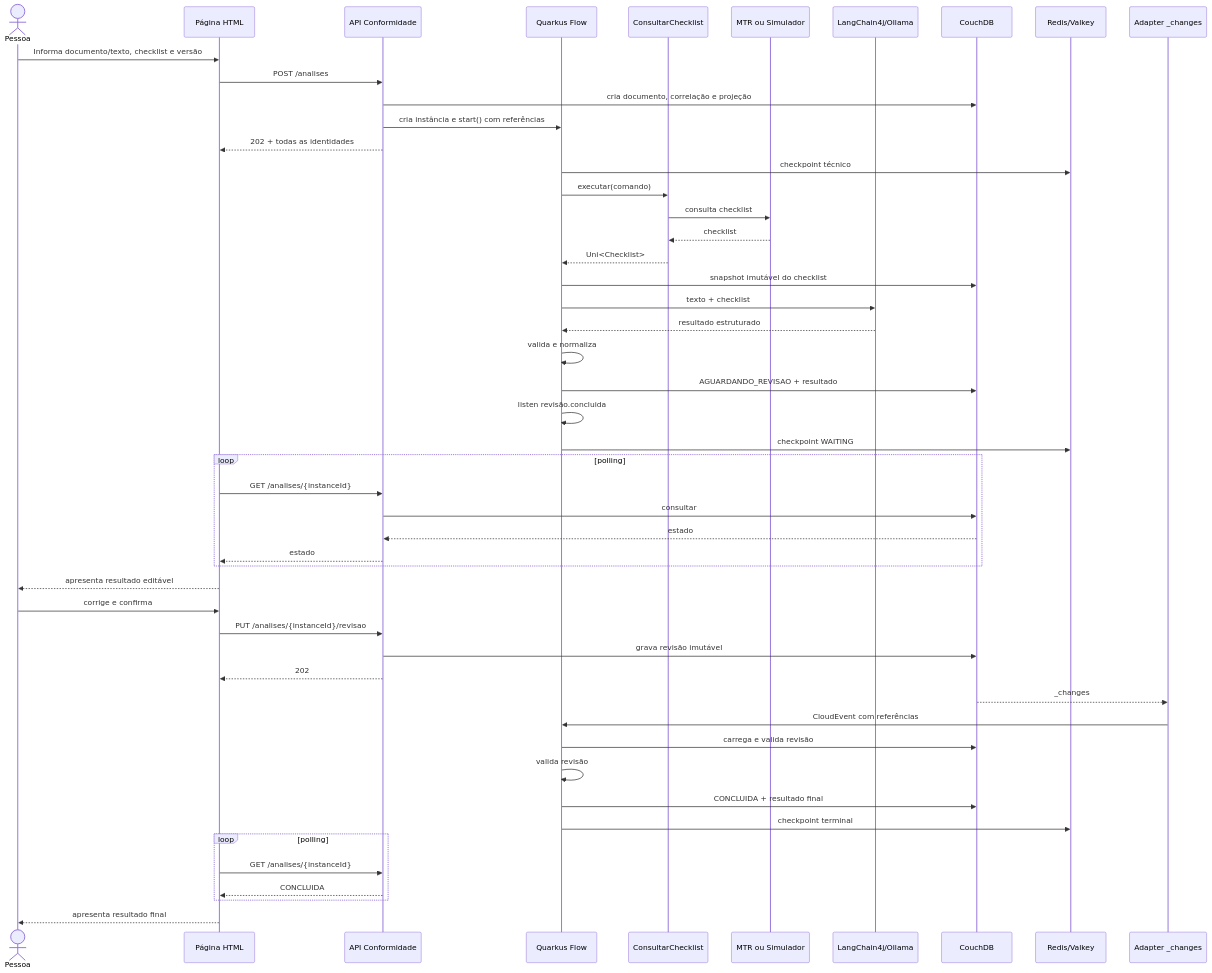
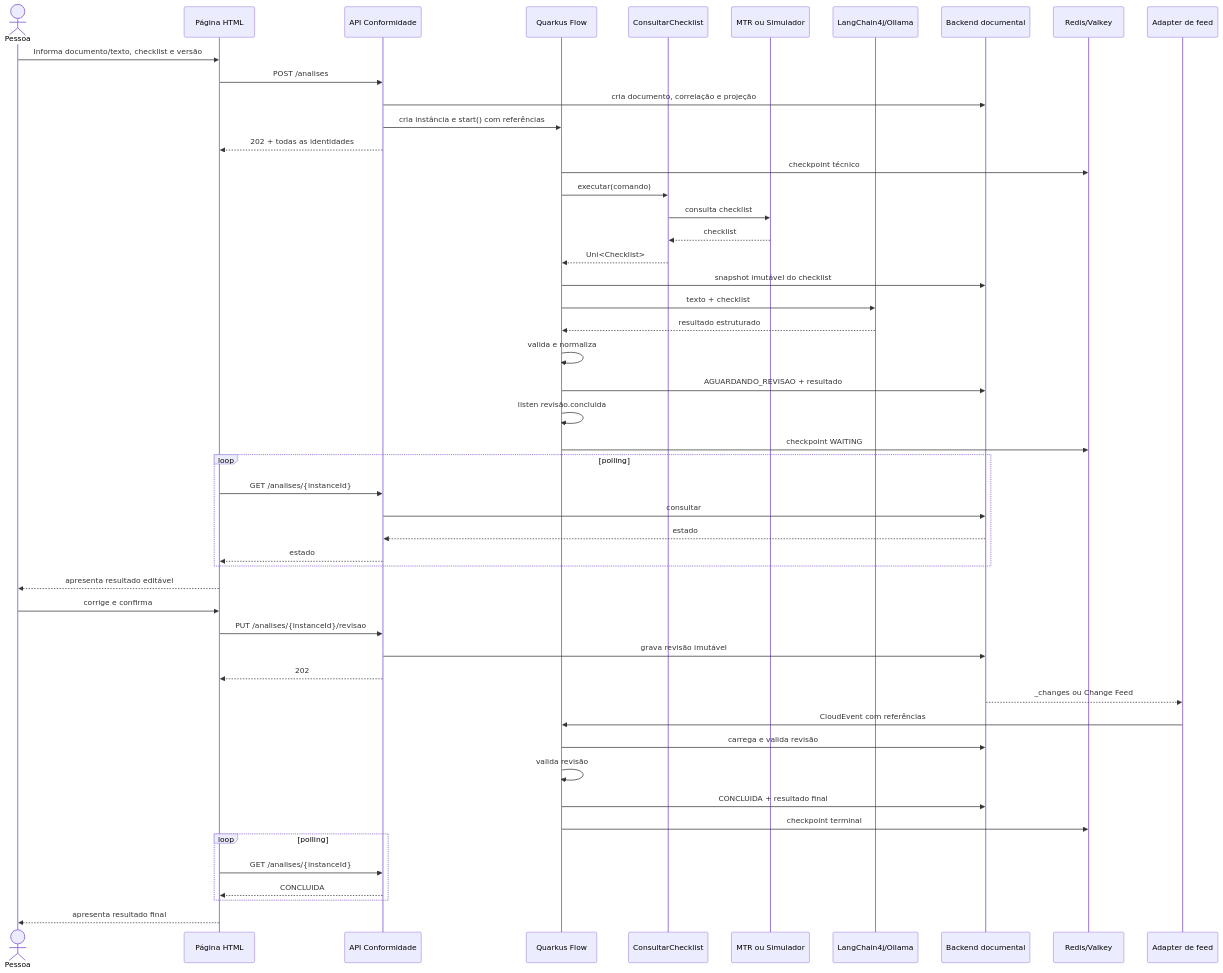
One commit to edoardo-bianco/arvore-documento-quarkus-proxy-ft-simulador-otel changed the second of 2 diagrams in doc/poc/especificacao-poc-conformidade-quarkus-flow-ollama-hitl-sem-broker.md. Above: the diagram before and after it, drawn with Mermaid. The commit also changed other lines of this file and 4 other files, not shown here.

````diff
--- a/doc/poc/especificacao-poc-conformidade-quarkus-flow-ollama-hitl-sem-broker.md
+++ b/doc/poc/especificacao-poc-conformidade-quarkus-flow-ollama-hitl-sem-broker.md
@@ -1723,61 +1781,61 @@
 ```mermaid
 sequenceDiagram
     actor Pessoa
     participant Pagina as Página HTML
     participant API as API Conformidade
     participant Flow as Quarkus Flow
     participant Checklist as ConsultarChecklist
     participant MTR as MTR ou Simulador
     participant Agente as LangChain4j/Ollama
-    participant Couch as CouchDB
+    participant Store as Backend documental
     participant Redis as Redis/Valkey
-    participant Changes as Adapter _changes
+    participant Changes as Adapter de feed
 
     Pessoa->>Pagina: Informa documento/texto, checklist e versão
     Pagina->>API: POST /analises
-    API->>Couch: cria documento, correlação e projeção
+    API->>Store: cria documento, correlação e projeção
     API->>Flow: cria instância e start() com referências
     API-->>Pagina: 202 + todas as identidades
 
     Flow->>Redis: checkpoint técnico
     Flow->>Checklist: executar(comando)
     Checklist->>MTR: consulta checklist
     MTR-->>Checklist: checklist
     Checklist-->>Flow: Uni<Checklist>
-    Flow->>Couch: snapshot imutável do checklist
+    Flow->>Store: snapshot imutável do checklist
 
     Flow->>Agente: texto + checklist
     Agente-->>Flow: resultado estruturado
     Flow->>Flow: valida e normaliza
 
-    Flow->>Couch: AGUARDANDO_REVISAO + resultado
+    Flow->>Store: AGUARDANDO_REVISAO + resultado
     Flow->>Flow: listen revisão.concluida
     Flow->>Redis: checkpoint WAITING
 
     loop polling
         Pagina->>API: GET /analises/{instanceId}
-        API->>Couch: consultar
-        Couch-->>API: estado
+        API->>Store: consultar
+        Store-->>API: estado
         API-->>Pagina: estado
     end
 
     Pagina-->>Pessoa: apresenta resultado editável
     Pessoa->>Pagina: corrige e confirma
     Pagina->>API: PUT /analises/{instanceId}/revisao
-    API->>Couch: grava revisão imutável
+    API->>Store: grava revisão imutável
     API-->>Pagina: 202
-    Couch-->>Changes: _changes
+    Store-->>Changes: _changes ou Change Feed
     Changes->>Flow: CloudEvent com referências
-    Flow->>Couch: carrega e valida revisão
+    Flow->>Store: carrega e valida revisão
 
     Flow->>Flow: valida revisão
-    Flow->>Couch: CONCLUIDA + resultado final
+    Flow->>Store: CONCLUIDA + resultado final
     Flow->>Redis: checkpoint terminal
 
     loop polling
         Pagina->>API: GET /analises/{instanceId}
         API-->>Pagina: CONCLUIDA
     end
 
     Pagina-->>Pessoa: apresenta resultado final
 ```
````
